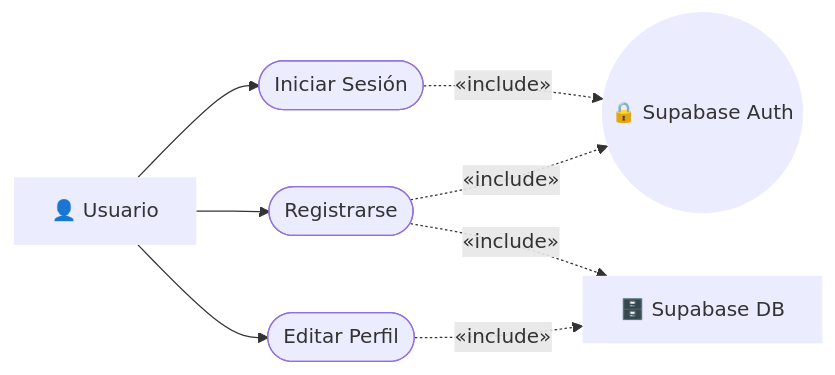
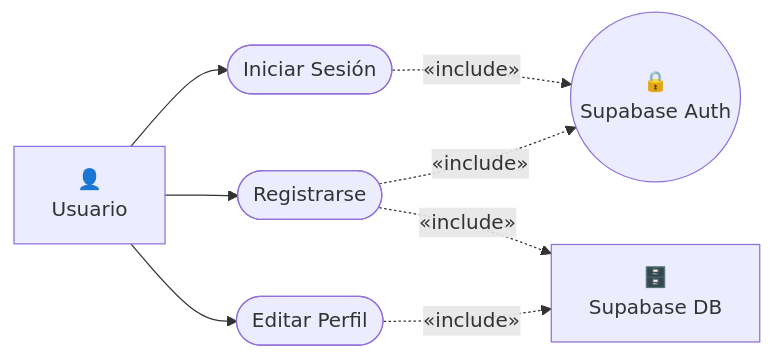
One commit to chamilstudy/tfg_timple changed the diagram in README.md. Above: the diagram before and after it, drawn with Mermaid.

Commit message:
doc(readme): new changes on increment 1 section

````diff
--- a/README.md
+++ b/README.md
@@ -71,28 +71,27 @@
 ```mermaid
 flowchart LR
 %% STYLE ---
-style actor3 stroke-width:0px
-style actor2 stroke-width:0px
-style actor1 stroke-width:0px
-
     %% DIAGRAM ---
     %% Actors
-    actor1["👤 Usuario"]
-    actor2(("🔒 Supabase Auth"))
-    actor3["🗄️ Supabase DB"]
+    actor1["👤
+     Usuario"]
+    actor2(("🔒
+     Supabase Auth"))
+    actor3["🗄️
+     Supabase DB"]
 
     %% Cases
     ini([Iniciar Sesión])
     reg([Registrarse])
     ed([Editar Perfil])
 
     %% Relationships
     actor1 --> ini
     actor1 --> reg
     actor1 --> ed
 
     ini -. "«include»" .-> actor2
     reg -. "«include»" .-> actor2
     reg -. "«include»" .-> actor3
     ed -. "«include»" .-> actor3
 ```
````
